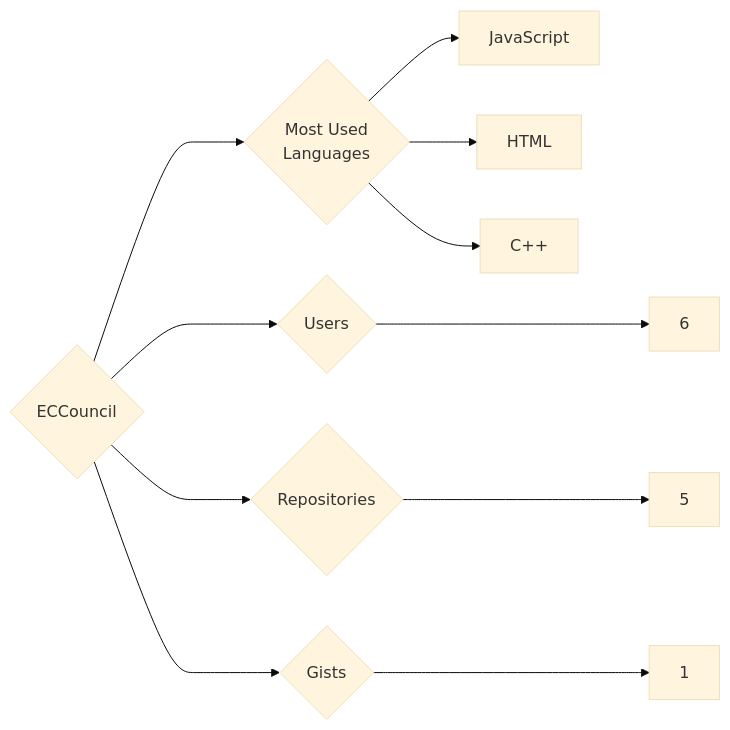
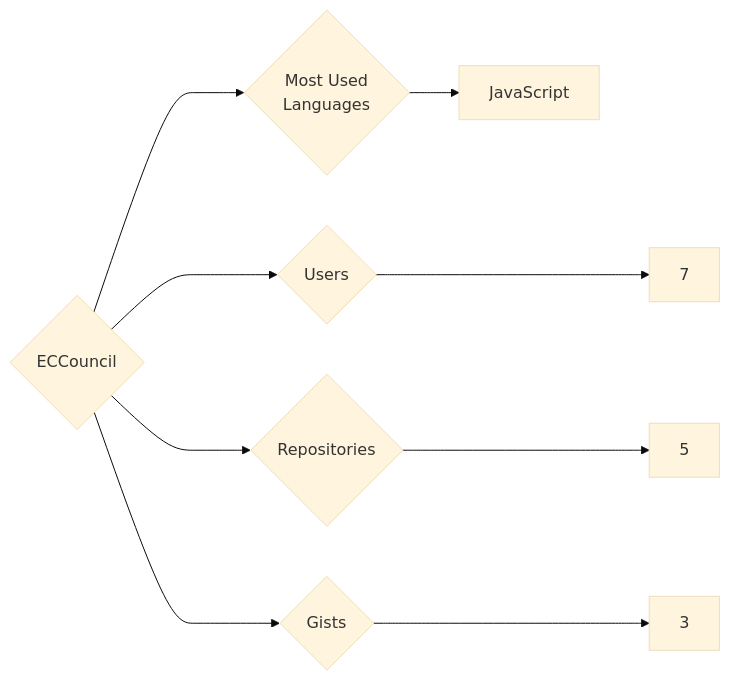
The diagram in targets/ECCouncil/README.md (trickest/insiders), drawn with Mermaid (base theme) before and after one commit. The commit also changed 1084 other files, not shown here.

````diff
--- a/targets/ECCouncil/README.md
+++ b/targets/ECCouncil/README.md
@@ -3,11 +3,9 @@
 ```mermaid
 graph LR
 COMPANY_NAME{ECCouncil}
-COMPANY_NAME ---> U{Users} ---> UN[6]
+COMPANY_NAME ---> U{Users} ---> UN[7]
 COMPANY_NAME ---> R{Repositories} ---> RN[5]
-COMPANY_NAME ---> G{Gists} ---> GN[1]
+COMPANY_NAME ---> G{Gists} ---> GN[3]
 COMPANY_NAME ---> ML{Most Used<br>Languages}
 ML --> JavaScript[JavaScript]
-ML --> HTML[HTML]
-ML --> C++[C++]
 ```
````
